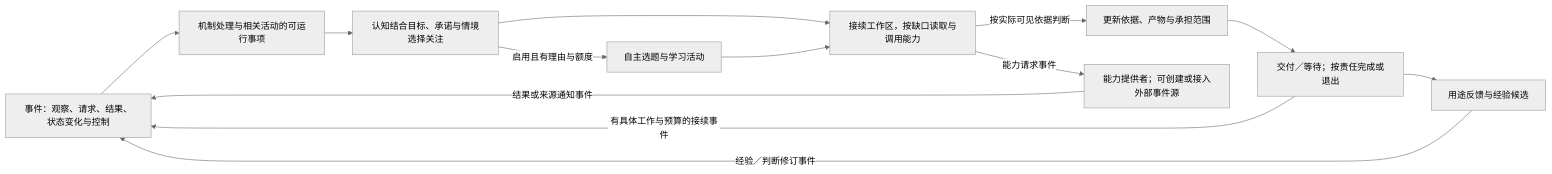
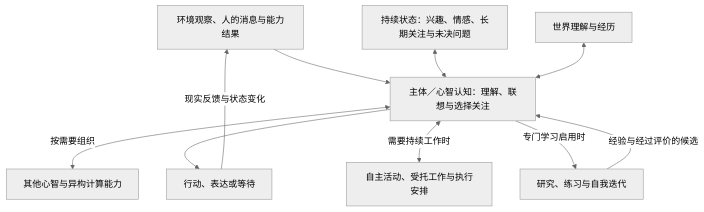
One commit to d7z-project/TinyAGI changed the diagram in docs/whole-system-design.md. Above: the diagram before and after it, drawn with Mermaid (neutral theme). The commit also changed other lines of this file and 30 other files, not shown here.

````diff
--- a/docs/whole-system-design.md
+++ b/docs/whole-system-design.md
@@ -46,15 +52,12 @@
 ```mermaid
-flowchart LR
-    Input["事件：观察、请求、结果、状态变化与控制"] --> Ready["机制处理与相关活动的可运行事项"]
-    Ready --> Focus["认知结合目标、承诺与情境选择关注"]
-    Focus --> Work["接续工作区，按缺口读取与调用能力"]
-    Work -->|"按实际可见依据判断"| Update["更新依据、产物与承担范围"]
-    Update --> Output["交付／等待；按责任完成或退出"]
-    Output -->|"有具体工作与预算的接续事件"| Input
-    Work -->|"能力请求事件"| Provider["能力提供者；可创建或接入外部事件源"]
-    Provider -->|"结果或来源通知事件"| Input
-    Focus -->|"启用且有理由与额度"| Learn["自主选题与学习活动"]
-    Learn --> Work
-    Output --> Review["用途反馈与经验候选"]
-    Review -->|"经验／判断修订事件"| Input
+flowchart TB
+    Outside["环境观察、人的消息与能力结果"] --> Cognition["主体／心智认知：理解、联想与选择关注"]
+    Self["持续状态：兴趣、情感、长期关注与未决问题"] <--> Cognition
+    Memory["世界理解与经历"] <--> Cognition
+    Cognition <-->|"按需要组织"| Minds["其他心智与异构计算能力"]
+    Cognition --> Action["行动、表达或等待"]
+    Action -->|"现实反馈与状态变化"| Outside
+    Cognition <-->|"需要持续工作时"| Work["自主活动、受托工作与执行安排"]
+    Cognition -->|"专门学习启用时"| Learn["研究、练习与自我迭代"]
+    Learn -->|"经验与经过评价的候选"| Cognition
 ```
````
